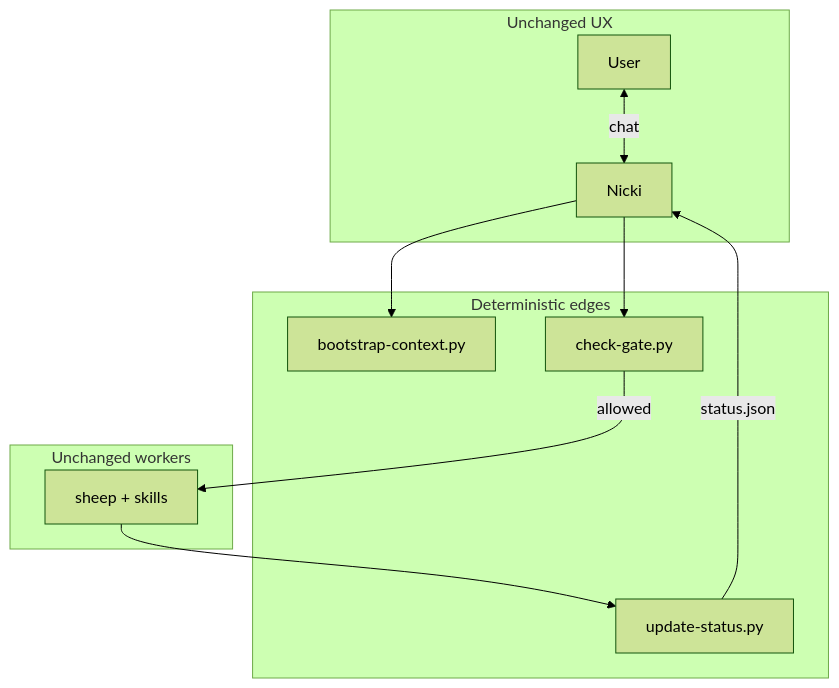
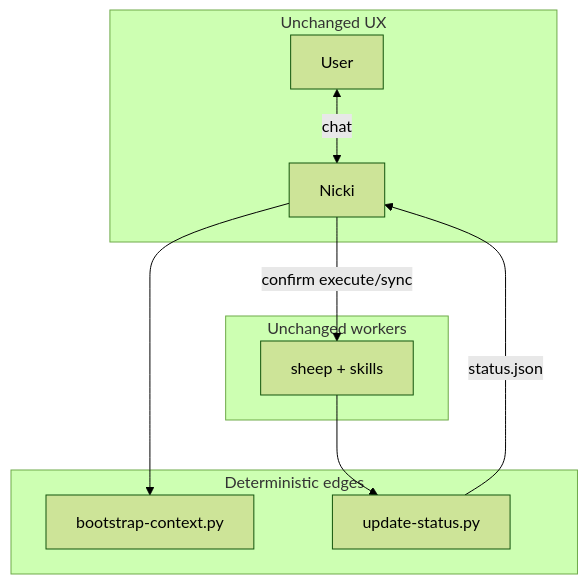
One commit to MiltonCastilloG/nicki changed the second of 2 diagrams in docs/investigation.md. Above: the diagram before and after it, drawn with Mermaid (forest theme). The commit also changed other lines of this file and 21 other files, not shown here.

````diff
--- a/docs/investigation.md
+++ b/docs/investigation.md
@@ -157,16 +158,15 @@
 ```mermaid
 flowchart TB
   subgraph ux["Unchanged UX"]
     U[User] <-->|chat| N[Nicki]
   end
   subgraph code_edges["Deterministic edges"]
     B[bootstrap-context.py]
-    G[check-gate.py]
     W[update-status.py]
   end
   subgraph workers["Unchanged workers"]
     SH[sheep + skills]
   end
   N --> B
-  N --> G -->|allowed| SH --> W -->|status.json| N
+  N -->|confirm execute/sync| SH --> W -->|status.json| N
 ```
````
